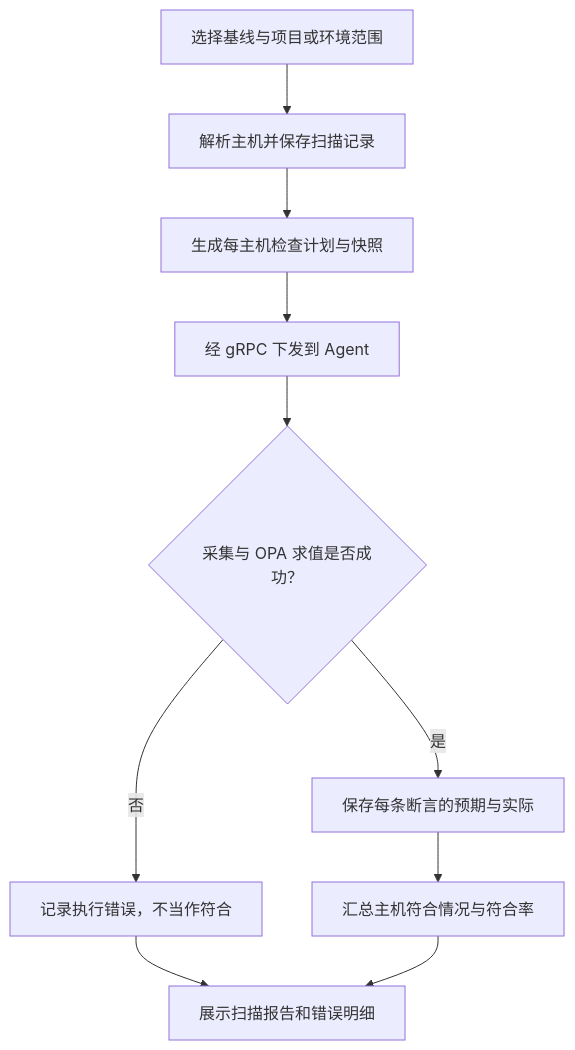
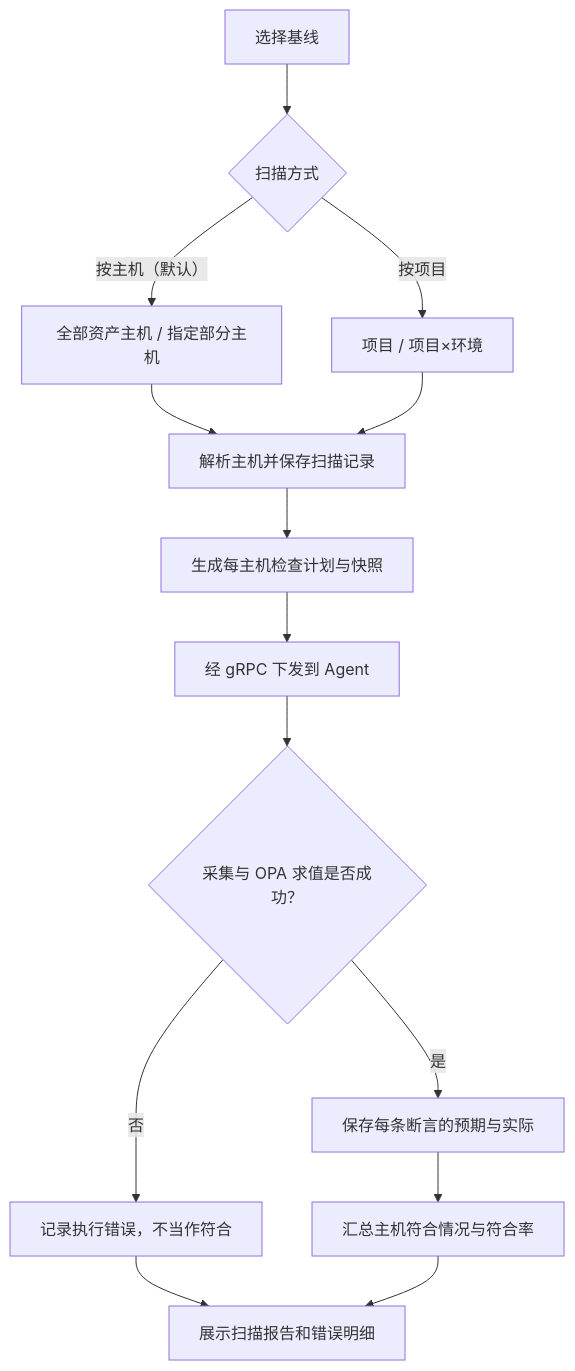
The diagram in docs/architecture/modules/SECURITY.md (chlinwei/djadmin), drawn with Mermaid before and after one commit. The commit also changed other lines of this file and 18 other files, not shown here.

````diff
--- a/docs/architecture/modules/SECURITY.md
+++ b/docs/architecture/modules/SECURITY.md
@@ -16,12 +19,16 @@
 ```mermaid
 flowchart TD
-    A["选择基线与项目或环境范围"] --> B["解析主机并保存扫描记录"]
+    A["选择基线"] --> M{"扫描方式"}
+    M -->|按主机（默认）| N["全部资产主机 / 指定部分主机"]
+    M -->|按项目| P["项目 / 项目×环境"]
+    N --> B["解析主机并保存扫描记录"]
+    P --> B
     B --> C["生成每主机检查计划与快照"]
     C --> D["经 gRPC 下发到 Agent"]
     D --> E{"采集与 OPA 求值是否成功？"}
     E -->|否| F["记录执行错误，不当作符合"]
     E -->|是| G["保存每条断言的预期与实际"]
     G --> H["汇总主机符合情况与符合率"]
     F --> I["展示扫描报告和错误明细"]
     H --> I
 ```
````
